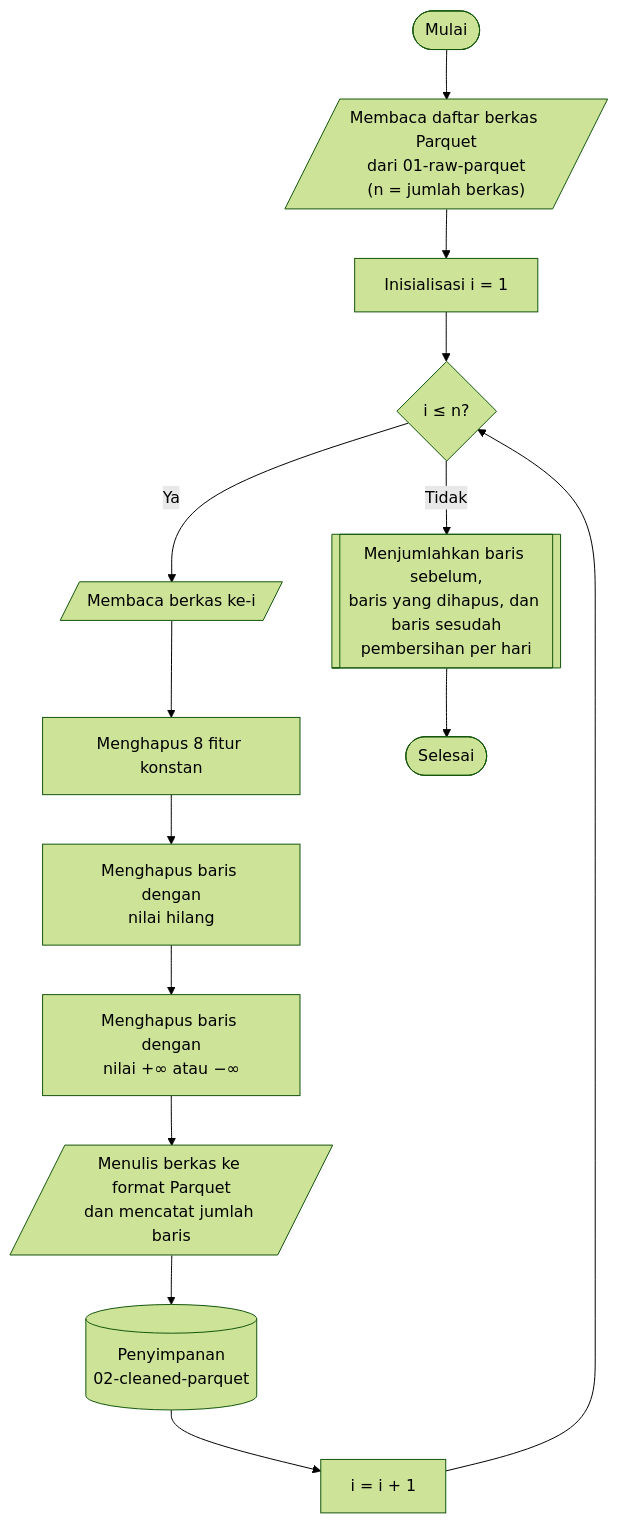
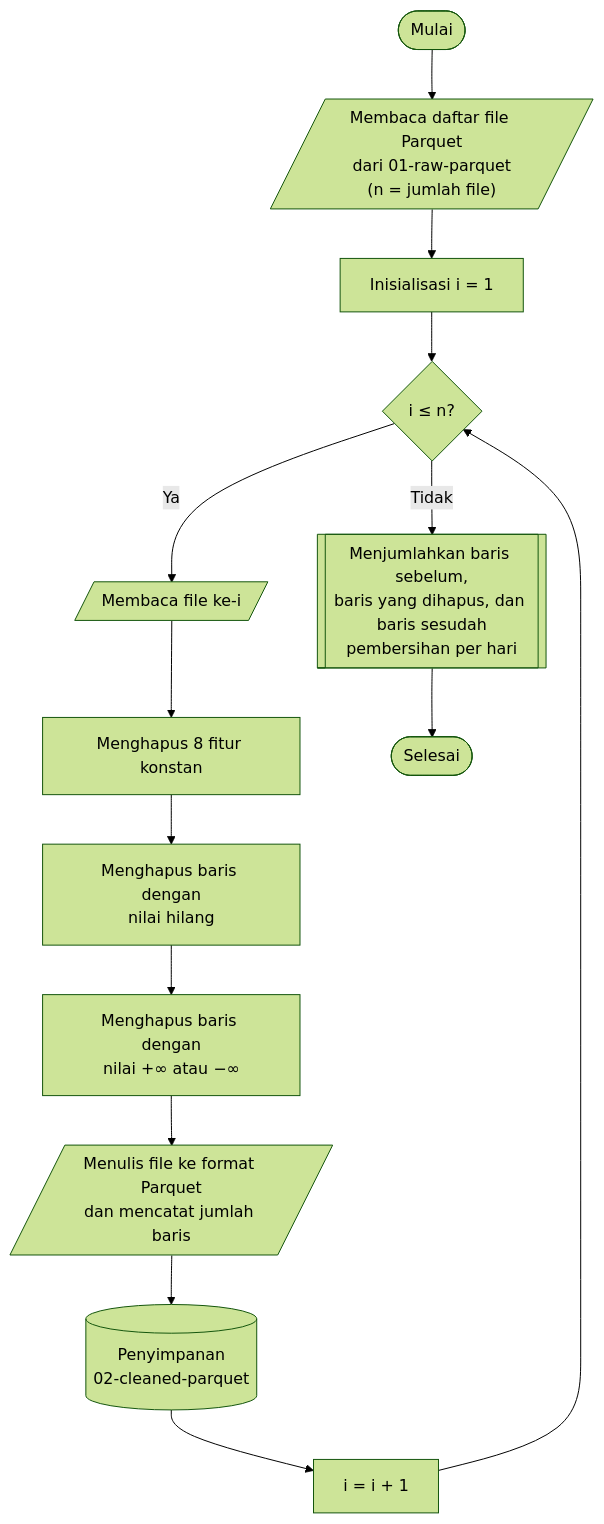
One commit to JoxNeis/mlids-robustness changed the diagram in thesis/04_bab_04/03_pembersihan_data.md. Above: the diagram before and after it, drawn with Mermaid (forest theme). The commit also changed other lines of this file and 27 other files, not shown here.

````diff
--- a/thesis/04_bab_04/03_pembersihan_data.md
+++ b/thesis/04_bab_04/03_pembersihan_data.md
@@ -18,19 +18,19 @@
 ```mermaid
 flowchart TD
     mulai(["Mulai"])
-    mulai --> daftar[/"Membaca daftar berkas Parquet<br>dari 01-raw-parquet<br>(n = jumlah berkas)"/]
+    mulai --> daftar[/"Membaca daftar file Parquet<br>dari 01-raw-parquet<br>(n = jumlah file)"/]
     daftar --> init_i["Inisialisasi i = 1"]
     init_i --> cek_i{"i ≤ n?"}
 
-    cek_i -->|"Ya"| baca[/"Membaca berkas ke-i"/]
+    cek_i -->|"Ya"| baca[/"Membaca file ke-i"/]
     baca --> konstan["Menghapus 8 fitur konstan"]
     konstan --> hilang["Menghapus baris dengan<br>nilai hilang"]
     hilang --> tak_hingga["Menghapus baris dengan<br>nilai +∞ atau −∞"]
-    tak_hingga --> tulis[/"Menulis berkas ke format Parquet<br>dan mencatat jumlah baris"/]
+    tak_hingga --> tulis[/"Menulis file ke format Parquet<br>dan mencatat jumlah baris"/]
     tulis --> simpan[("Penyimpanan<br>02-cleaned-parquet")]
     simpan --> inc_i["i = i + 1"]
     inc_i --> cek_i
 
     cek_i -->|"Tidak"| laporan[["Menjumlahkan baris sebelum,<br>baris yang dihapus, dan baris sesudah<br>pembersihan per hari"]]
     laporan --> selesai(["Selesai"])
 ```
````
